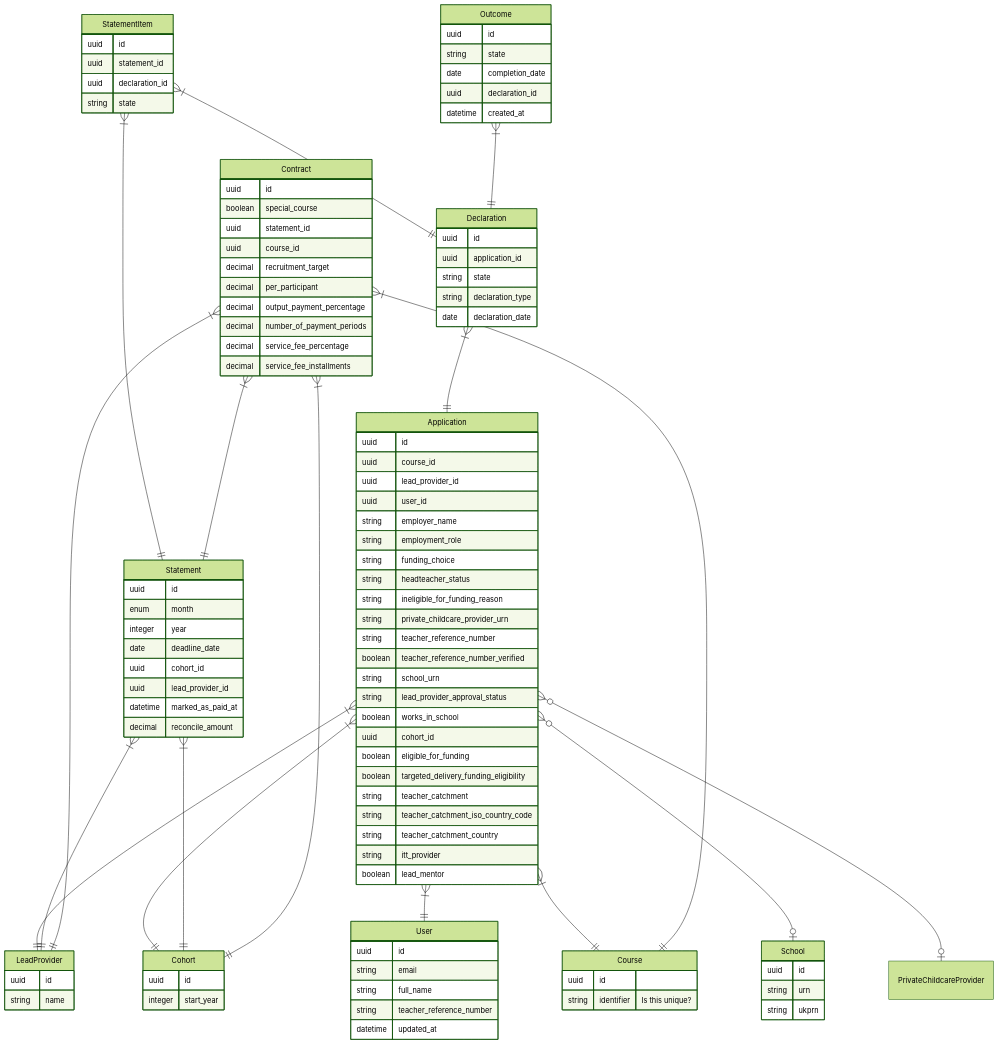
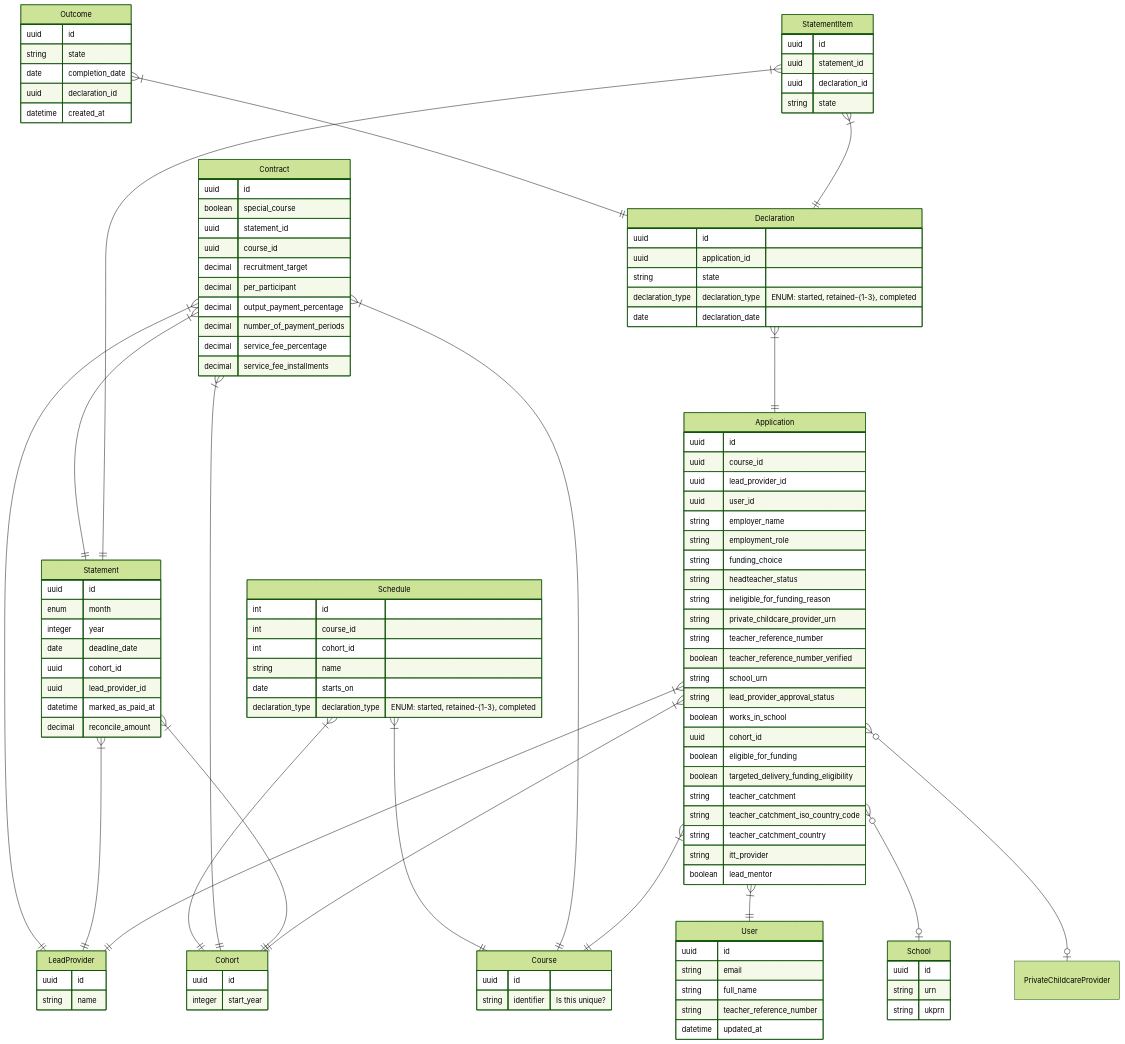
The second of 4 diagrams in data-modelling.md (DFE-Digital/npq-separation), drawn with Mermaid (forest theme) before and after one commit.

Commit message:
Add schedules to new model
This is a cut down, simplified version of what's in ECF. The Schedule
is a join table between course and cohort, it has a start date, a
declaration_type (enum, for now), name.

````diff
--- a/data-modelling.md
+++ b/data-modelling.md
@@ -55,6 +55,9 @@
     Contract }|--|| Statement : ""
 
     Outcome }|--|| Declaration : ""
+
+    Schedule }|--|| Course : ""
+    Schedule }|--|| Cohort : ""
 
     User {
         uuid id
@@ -117,7 +120,7 @@
         uuid id
         uuid application_id
         string state
-        string declaration_type
+        declaration_type declaration_type "ENUM: started, retained-{1-3}, completed"
         date declaration_date
     }
 
@@ -157,4 +160,13 @@
         uuid declaration_id
         string state
     }
+
+    Schedule {
+        int id
+        int course_id
+        int cohort_id
+        string name
+        date starts_on
+        declaration_type declaration_type "ENUM: started, retained-{1-3}, completed"
+    }
 ```
````
